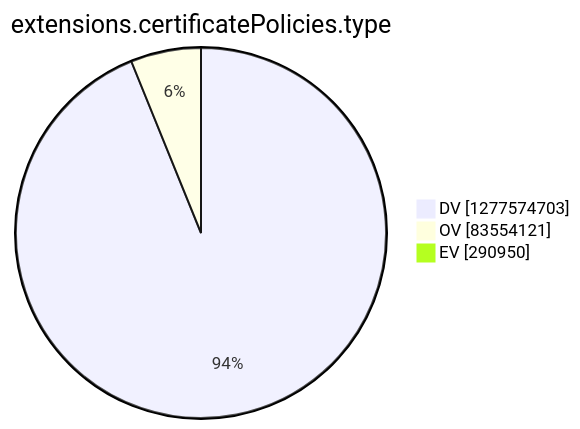
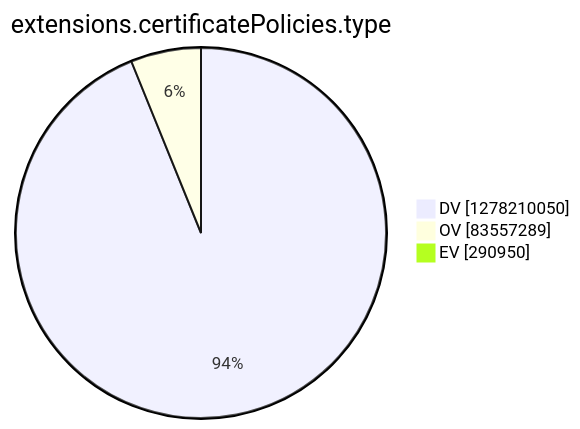
The tenth of 15 diagrams in argon2022/README.md (christiankrug/ctmonitor_visualization), drawn with Mermaid before and after one commit. The commit also changed other lines of this file, not shown here.

````diff
--- a/argon2022/README.md
+++ b/argon2022/README.md
@@ -2771,7 +2771,7 @@
 ```mermaid
 pie showData
 title extensions.certificatePolicies.type
-"DV" :1277574703
-"OV" :83554121
+"DV" :1278210050
+"OV" :83557289
 "EV" :290950
 ```
````
